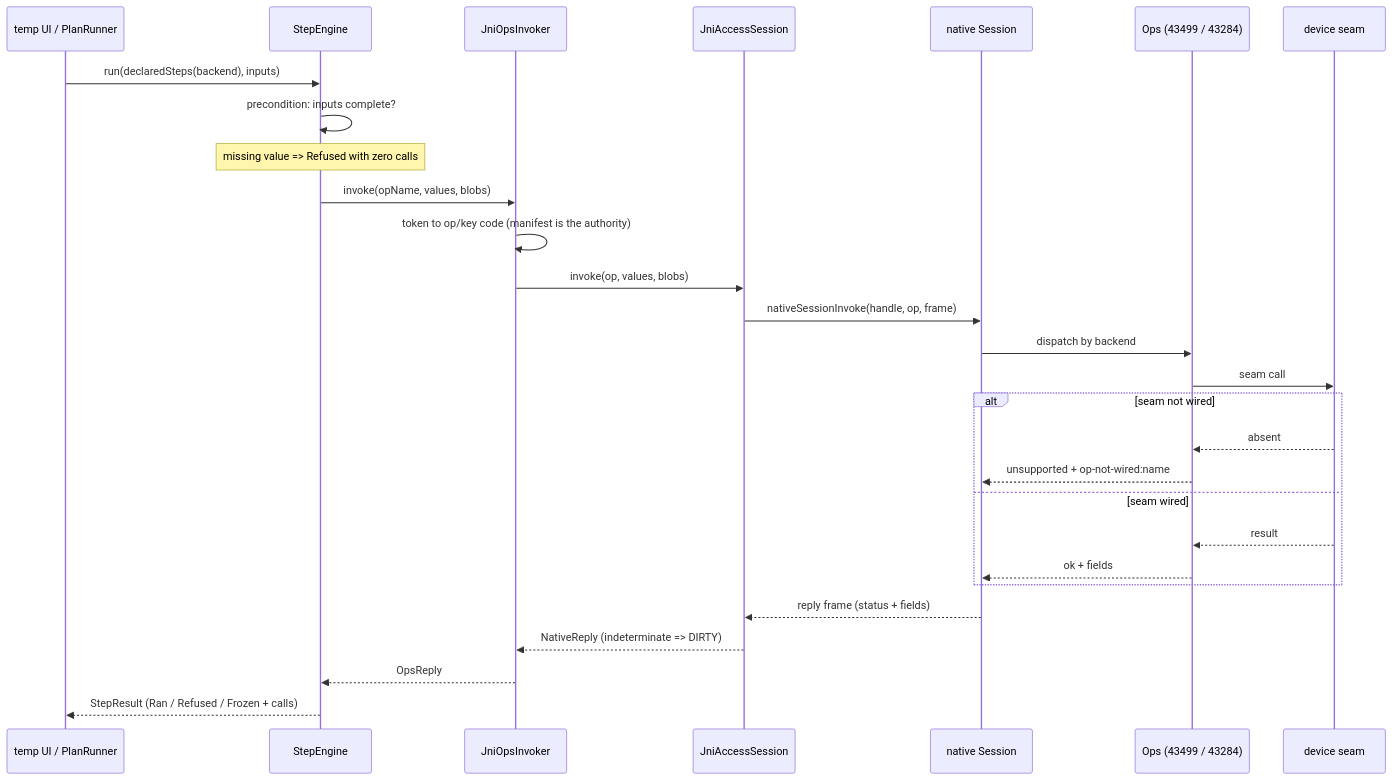
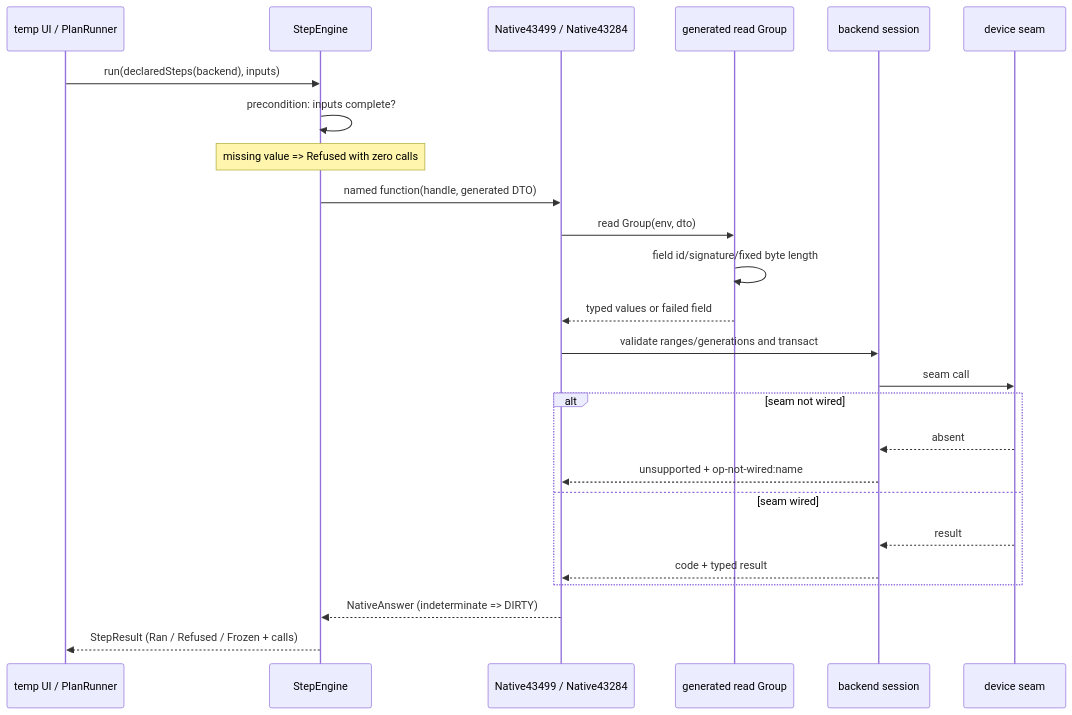
One commit to YuKongA/ghostlock-app changed diagram 15 of 15 in docs/development/full-process-uml.md. Above: the diagram before and after it, drawn with Mermaid. The commit also changed other lines of this file and 30 other files, not shown here.

````diff
--- a/docs/development/full-process-uml.md
+++ b/docs/development/full-process-uml.md
@@ -508,30 +521,27 @@
 ```mermaid
 sequenceDiagram
   participant U as temp UI / PlanRunner
   participant E as StepEngine
-  participant I as JniOpsInvoker
-  participant S as JniAccessSession
-  participant N as native Session
-  participant O as Ops (43499 / 43284)
+  participant K as Native43499 / Native43284
+  participant R as generated read Group
+  participant N as backend session
   participant D as device seam
   U->>E: run(declaredSteps(backend), inputs)
   E->>E: precondition: inputs complete?
   Note over E: missing value => Refused with zero calls
-  E->>I: invoke(opName, values, blobs)
-  I->>I: token to op/key code (manifest is the authority)
-  I->>S: invoke(op, values, blobs)
-  S->>N: nativeSessionInvoke(handle, op, frame)
-  N->>O: dispatch by backend
-  O->>D: seam call
+  E->>K: named function(handle, generated DTO)
+  K->>R: read Group(env, dto)
+  R->>R: field id/signature/fixed byte length
+  R-->>K: typed values or failed field
+  K->>N: validate ranges/generations and transact
+  N->>D: seam call
   alt seam not wired
-    D-->>O: absent
-    O-->>N: unsupported + op-not-wired:name
+    D-->>N: absent
+    N-->>K: unsupported + op-not-wired:name
   else seam wired
-    D-->>O: result
-    O-->>N: ok + fields
+    D-->>N: result
+    N-->>K: code + typed result
   end
-  N-->>S: reply frame (status + fields)
-  S-->>I: NativeReply (indeterminate => DIRTY)
-  I-->>E: OpsReply
+  K-->>E: NativeAnswer (indeterminate => DIRTY)
   E-->>U: StepResult (Ran / Refused / Frozen + calls)
 ```
````
